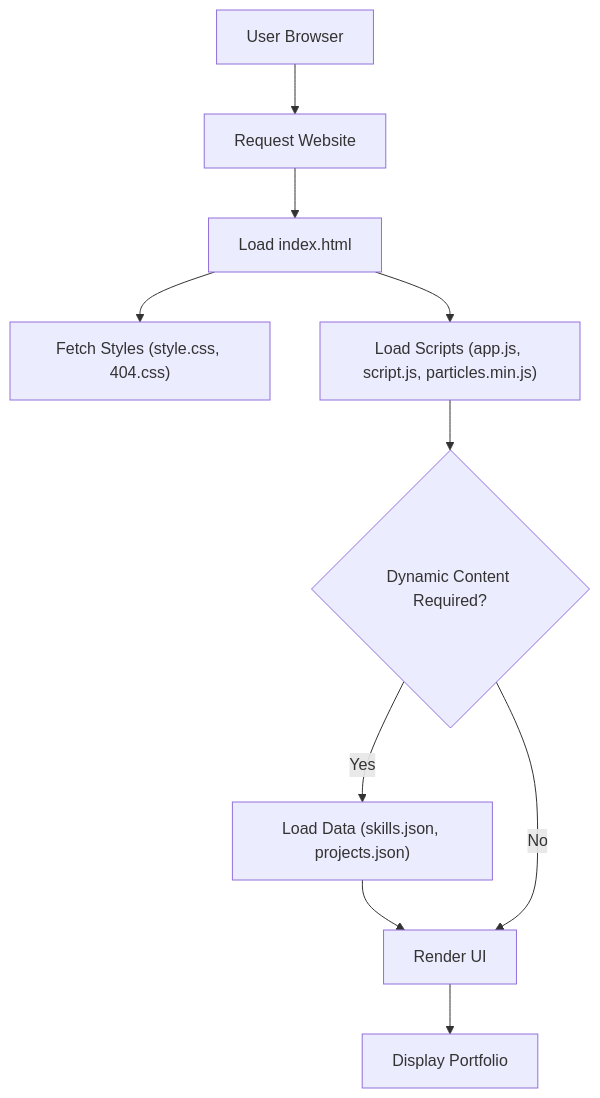
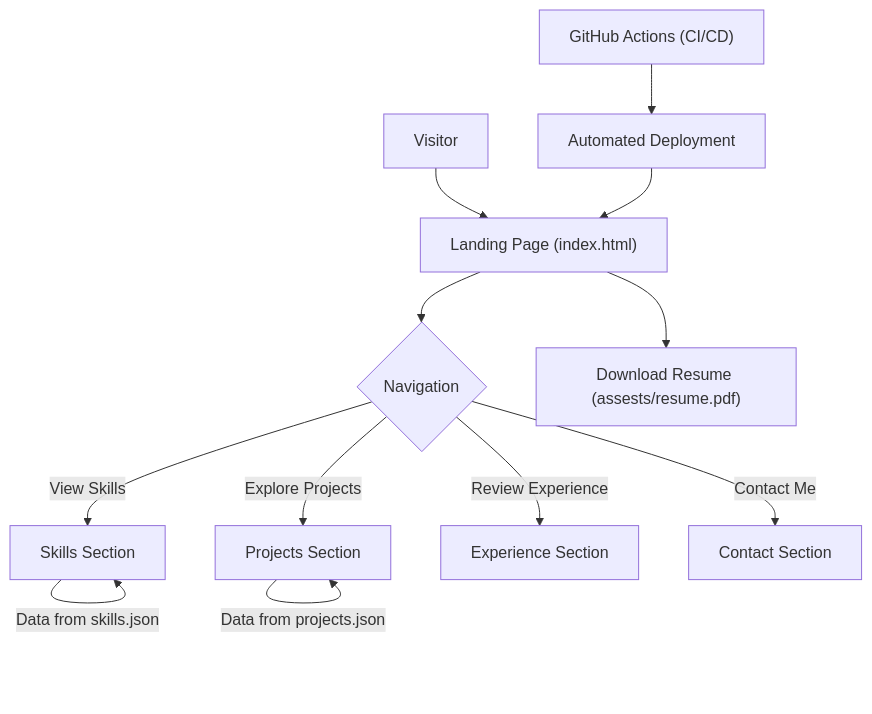
Before and after one commit to helper-one/portfolio_website: the diagram in README.md, drawn with Mermaid. The commit also changed other lines of this file, not shown here.

````diff
--- a/README.md
+++ b/README.md
@@ -49,12 +42,14 @@
 ```mermaid
 graph TD
-    A["User Browser"] --> B["Request Website"];
-    B --> C["Load index.html"];
-    C --> D["Fetch Styles (style.css, 404.css)"];
-    C --> E["Load Scripts (app.js, script.js, particles.min.js)"];
-    E --> F{"Dynamic Content Required?"};
-    F -- Yes --> G["Load Data (skills.json, projects.json)"];
-    G --> H["Render UI"];
-    F -- No --> H;
-    H --> I["Display Portfolio"];
+    A["Visitor"] --> B["Landing Page (index.html)"];
+    B --> C{"Navigation"};
+    C -- "View Skills" --> D["Skills Section"];
+    D -- "Data from skills.json" --> D;
+    C -- "Explore Projects" --> E["Projects Section"];
+    E -- "Data from projects.json" --> E;
+    C -- "Review Experience" --> F["Experience Section"];
+    C -- "Contact Me" --> G["Contact Section"];
+    B --> H["Download Resume (assests/resume.pdf)"];
+    I["GitHub Actions (CI/CD)"] --> J["Automated Deployment"];
+    J --> B;
 ```
````
